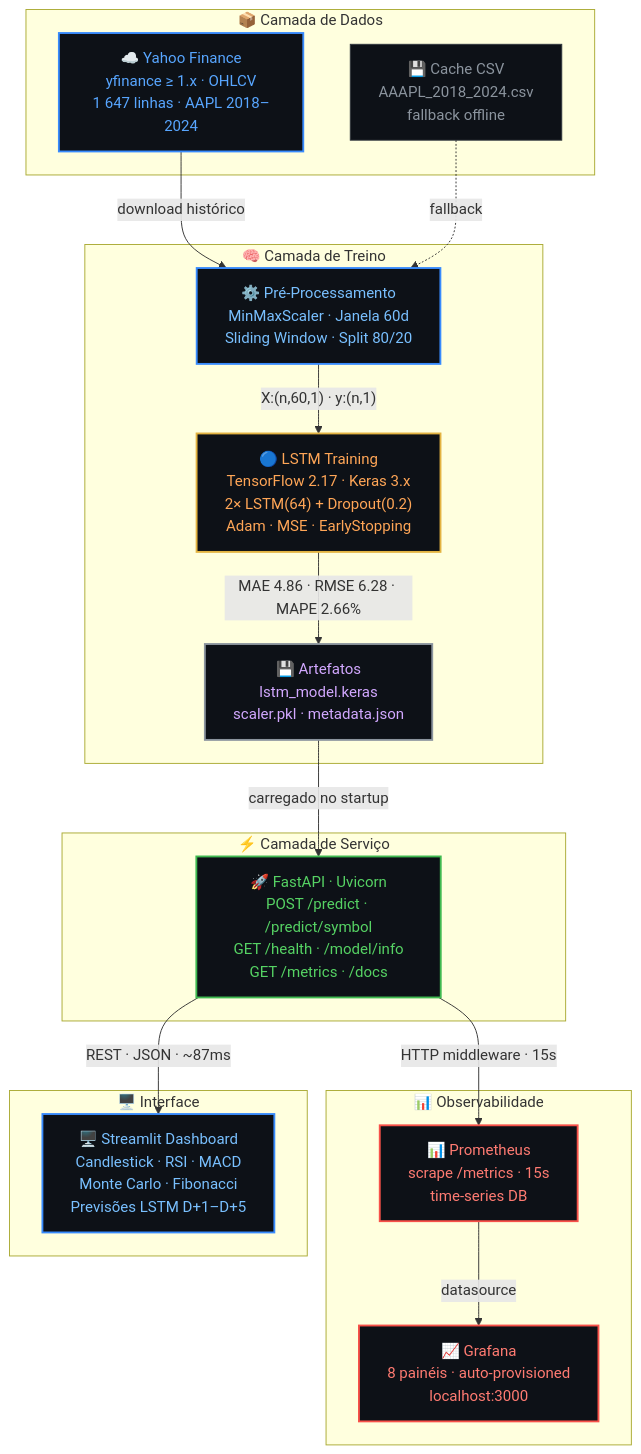
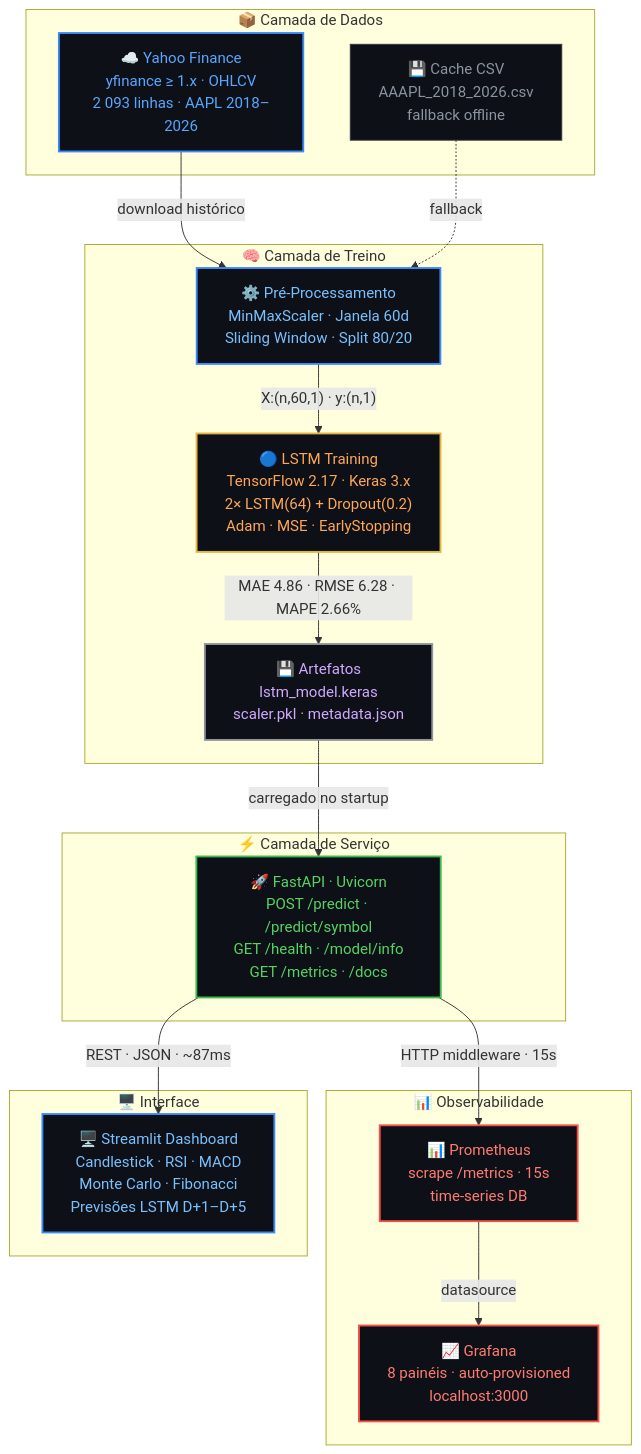
The third of 7 diagrams in README.md (dionebraga/Pos_Tech_MLET-Fase-4), drawn with Mermaid before and after one commit. The commit also changed other lines of this file and 7 other files, not shown here.

````diff
--- a/README.md
+++ b/README.md
@@ -224,45 +224,45 @@
 ```mermaid
 flowchart TD
     subgraph DADOS["  📦 Camada de Dados  "]
-        YF["☁️ Yahoo Finance\nyfinance ≥ 1.x · OHLCV\n1 647 linhas · AAPL 2018–2024"]
-        CSV["💾 Cache CSV\nAAAPL_2018_2024.csv\nfallback offline"]
+        YF["☁️ Yahoo Finance\nyfinance ≥ 1.x · OHLCV\n2 093 linhas · AAPL 2018–2026"]
+        CSV["💾 Cache CSV\nAAAPL_2018_2026.csv\nfallback offline"]
     end
 
     subgraph TREINO["  🧠 Camada de Treino  "]
         DP["⚙️ Pré-Processamento\nMinMaxScaler · Janela 60d\nSliding Window · Split 80/20"]
         ML["🔵 LSTM Training\nTensorFlow 2.17 · Keras 3.x\n2× LSTM(64) + Dropout(0.2)\nAdam · MSE · EarlyStopping"]
         ART["💾 Artefatos\nlstm_model.keras\nscaler.pkl · metadata.json"]
     end
 
     subgraph SERVE["  ⚡ Camada de Serviço  "]
         API["🚀 FastAPI · Uvicorn\nPOST /predict · /predict/symbol\nGET /health · /model/info\nGET /metrics · /docs"]
     end
 
     subgraph OBS["  📊 Observabilidade  "]
         PROM["📊 Prometheus\nscrape /metrics · 15s\ntime-series DB"]
         GRAF["📈 Grafana\n8 painéis · auto-provisioned\nlocalhost:3000"]
     end
 
     subgraph UI["  🖥️ Interface  "]
         DASH["🖥️ Streamlit Dashboard\nCandlestick · RSI · MACD\nMonte Carlo · Fibonacci\nPrevisões LSTM D+1–D+5"]
     end
 
     YF -->|"download histórico"| DP
     CSV -.->|"fallback"| DP
     DP -->|"X:(n,60,1) · y:(n,1)"| ML
     ML -->|"MAE 4.86 · RMSE 6.28 · MAPE 2.66%"| ART
     ART -->|"carregado no startup"| API
     API -->|"HTTP middleware · 15s"| PROM
     PROM -->|"datasource"| GRAF
     API -->|"REST · JSON · ~87ms"| DASH
 
     style YF   fill:#0d1117,color:#58a6ff,stroke:#388bfd,stroke-width:2px
     style CSV  fill:#0d1117,color:#8b949e,stroke:#30363d,stroke-width:1px
     style DP   fill:#0d1117,color:#79c0ff,stroke:#388bfd,stroke-width:2px
     style ML   fill:#0d1117,color:#ffa657,stroke:#e3b341,stroke-width:2px
     style ART  fill:#0d1117,color:#d2a8ff,stroke:#8b949e,stroke-width:2px
     style API  fill:#0d1117,color:#56d364,stroke:#3fb950,stroke-width:2px
     style PROM fill:#0d1117,color:#ff7b72,stroke:#f85149,stroke-width:2px
     style GRAF fill:#0d1117,color:#ff7b72,stroke:#f85149,stroke-width:2px
     style DASH fill:#0d1117,color:#79c0ff,stroke:#388bfd,stroke-width:2px
 ```
````
